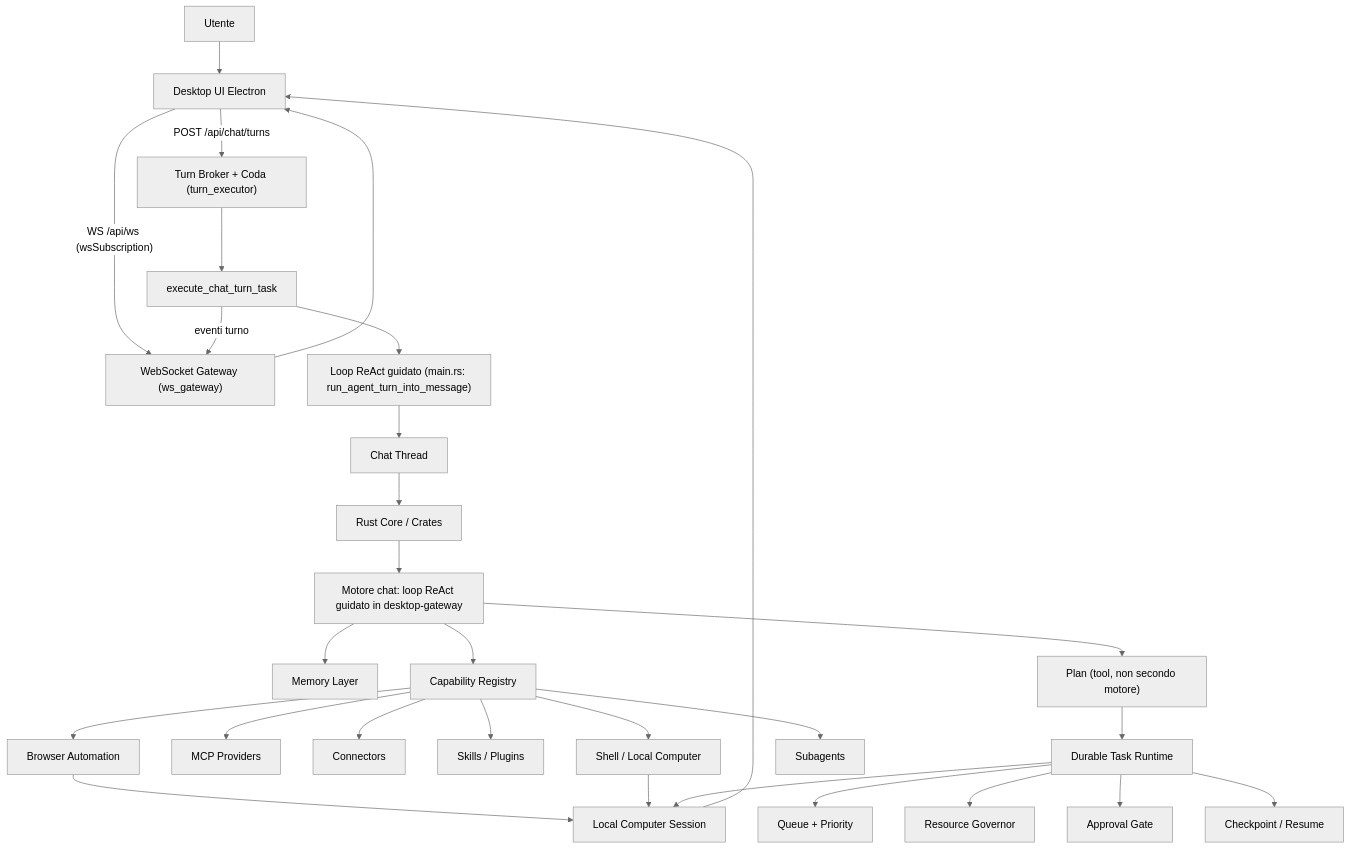
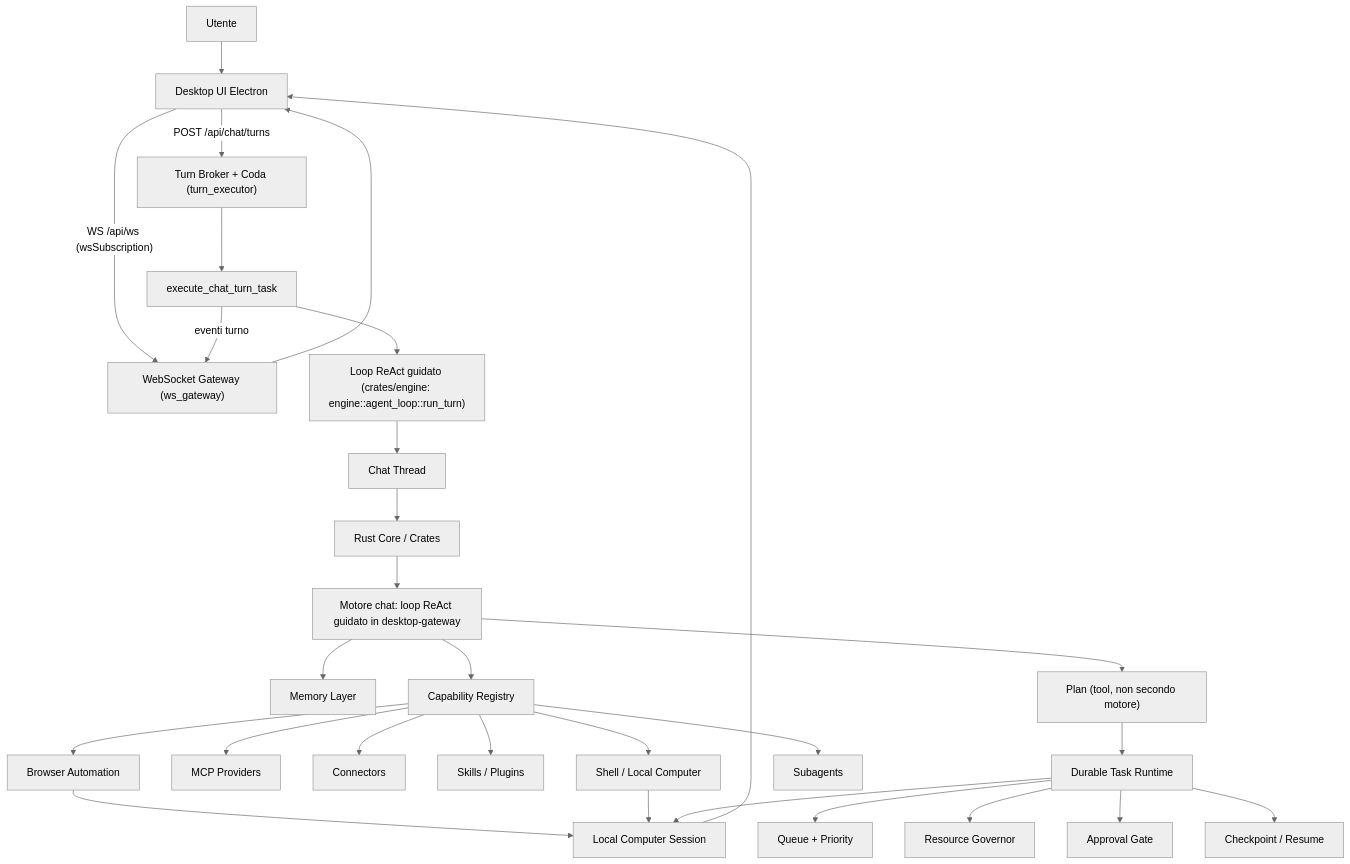
Before and after one commit to homun-app/homun-core: the diagram in docs/architecture/system-map.md, drawn with Mermaid (neutral theme). The commit also changed other lines of this file and 8 other files, not shown here.

````diff
--- a/docs/architecture/system-map.md
+++ b/docs/architecture/system-map.md
@@ -54,35 +56,35 @@
 ```mermaid
 flowchart TD
   U["Utente"] --> UI["Desktop UI Electron"]
   UI -->|"POST /api/chat/turns"| Broker["Turn Broker + Coda (turn_executor)"]
   UI -->|"WS /api/ws (wsSubscription)"| WS["WebSocket Gateway (ws_gateway)"]
   Broker --> Executor["execute_chat_turn_task"]
-  Executor --> Engine["Loop ReAct guidato (main.rs: run_agent_turn_into_message)"]
+  Executor --> Engine["Loop ReAct guidato (crates/engine: engine::agent_loop::run_turn)"]
   Executor -->|"eventi turno"| WS
   WS --> UI
   Engine --> Thread["Chat Thread"]
   Thread --> Core["Rust Core / Crates"]
   Core --> Brain["Motore chat: loop ReAct guidato in desktop-gateway"]
 
   Brain --> Memory["Memory Layer"]
   Brain --> Registry["Capability Registry"]
   Brain --> Planner["Plan (tool, non secondo motore)"]
   Planner --> Tasks["Durable Task Runtime"]
 
   Registry --> MCP["MCP Providers"]
   Registry --> Connectors["Connectors"]
   Registry --> Skills["Skills / Plugins"]
   Registry --> Browser["Browser Automation"]
   Registry --> Shell["Shell / Local Computer"]
   Registry --> Subagents["Subagents"]
 
   Tasks --> Queue["Queue + Priority"]
   Tasks --> Resources["Resource Governor"]
   Tasks --> Approval["Approval Gate"]
   Tasks --> Checkpoints["Checkpoint / Resume"]
 
   Browser --> Computer["Local Computer Session"]
   Shell --> Computer
   Tasks --> Computer
   Computer --> UI
 ```
````
